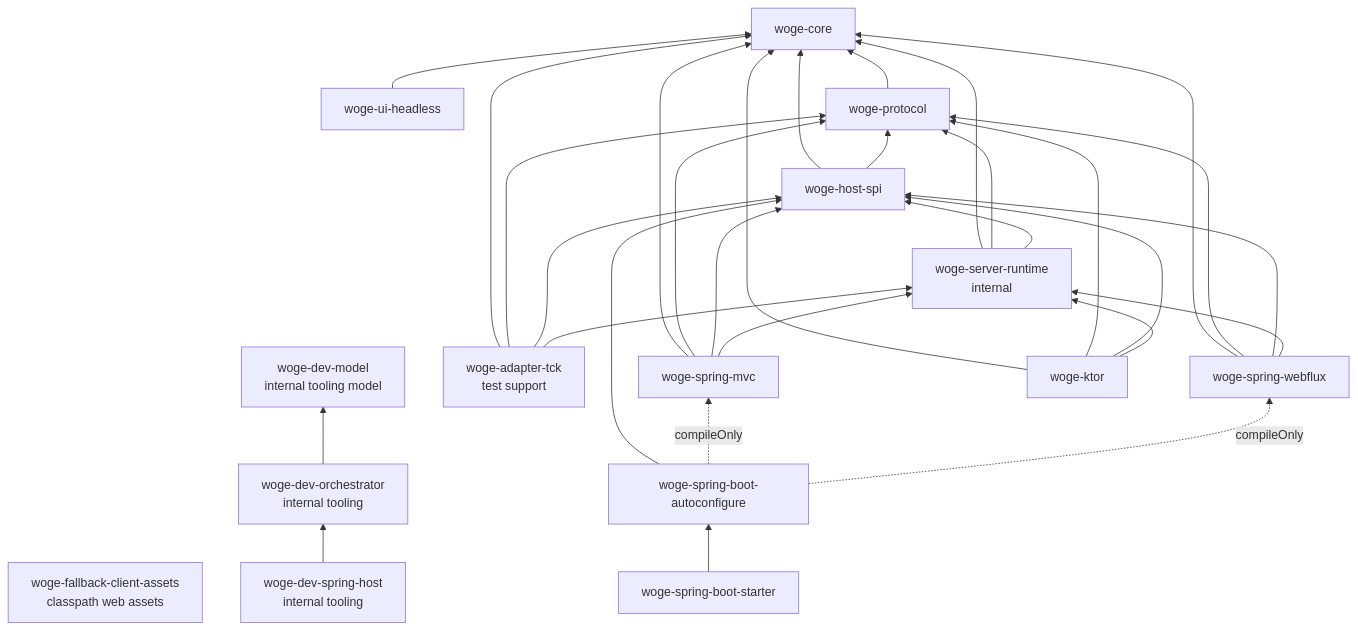
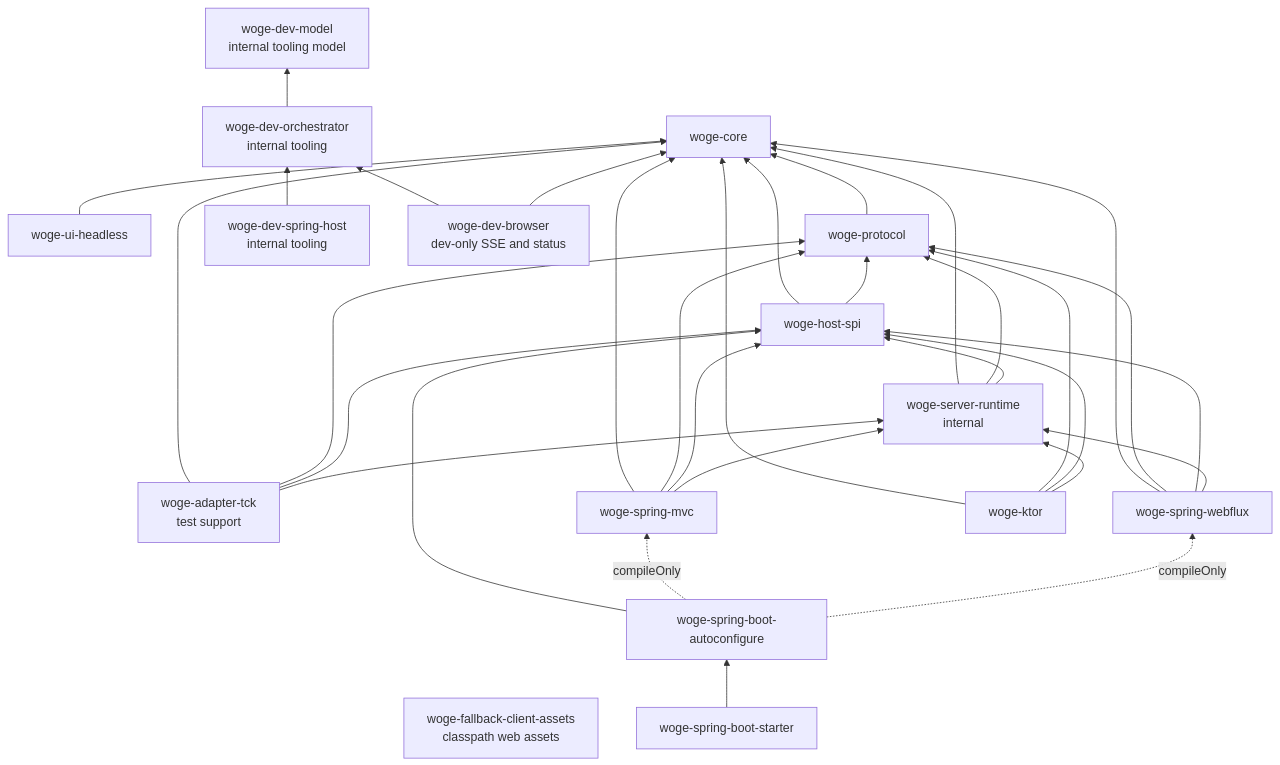
Before and after one commit to christian-draeger/woge: the diagram in docs/architecture/module-graph.md, drawn with Mermaid. The commit also changed other lines of this file and 17 other files, not shown here.

First line of the commit message:
feat(dev): add SSE browser channel and accessible status overlay

````diff
--- a/docs/architecture/module-graph.md
+++ b/docs/architecture/module-graph.md
@@ -8,34 +8,36 @@
 ```mermaid
 flowchart BT
     UI[woge-ui-headless] --> Core[woge-core]
     Assets[woge-fallback-client-assets<br/>classpath web assets]
     Protocol[woge-protocol] --> Core
     SPI[woge-host-spi] --> Core
     SPI --> Protocol
     Runtime[woge-server-runtime<br/>internal] --> Core
     Runtime --> Protocol
     Runtime --> SPI
     DevModel[woge-dev-model<br/>internal tooling model]
     DevOrchestrator[woge-dev-orchestrator<br/>internal tooling] --> DevModel
     DevSpring[woge-dev-spring-host<br/>internal tooling] --> DevOrchestrator
+    DevBrowser[woge-dev-browser<br/>dev-only SSE and status] --> DevOrchestrator
+    DevBrowser --> Core
     TCK[woge-adapter-tck<br/>test support] --> Core
     TCK --> Protocol
     TCK --> SPI
     TCK --> Runtime
     MVC[woge-spring-mvc] --> Core
     MVC --> Protocol
     MVC --> SPI
     MVC --> Runtime
     WebFlux[woge-spring-webflux] --> Core
     WebFlux --> Protocol
     WebFlux --> SPI
     WebFlux --> Runtime
     Ktor[woge-ktor] --> Core
     Ktor --> Protocol
     Ktor --> SPI
     Ktor --> Runtime
     Auto[woge-spring-boot-autoconfigure] --> SPI
     Auto -. compileOnly .-> MVC
     Auto -. compileOnly .-> WebFlux
     Starter[woge-spring-boot-starter] --> Auto
 ```
````
